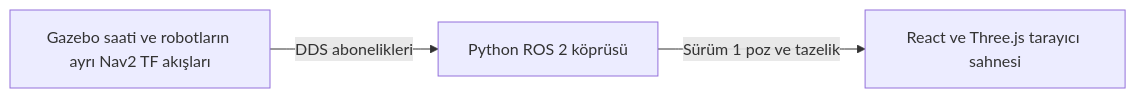
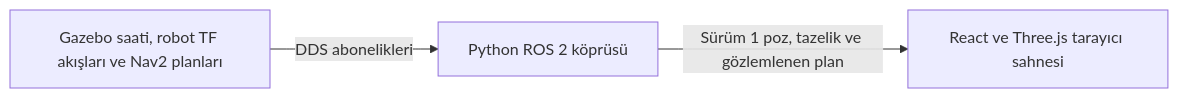
Before and after one commit to m-gnr/ros2-fleet-manager: the diagram in fleet-visualizer/README.md, drawn with Mermaid. The commit also changed other lines of this file and 45 other files, not shown here.

````diff
--- a/fleet-visualizer/README.md
+++ b/fleet-visualizer/README.md
@@ -11,5 +11,5 @@
 ```mermaid
 flowchart LR
-    ROS["Gazebo saati ve robotların ayrı Nav2 TF akışları"] -->|DDS abonelikleri| BR["Python ROS 2 köprüsü"]
-    BR -->|Sürüm 1 poz ve tazelik| WEB["React ve Three.js tarayıcı sahnesi"]
+    ROS["Gazebo saati, robot TF akışları ve Nav2 planları"] -->|DDS abonelikleri| BR["Python ROS 2 köprüsü"]
+    BR -->|Sürüm 1 poz, tazelik ve gözlemlenen plan| WEB["React ve Three.js tarayıcı sahnesi"]
 ```
````
